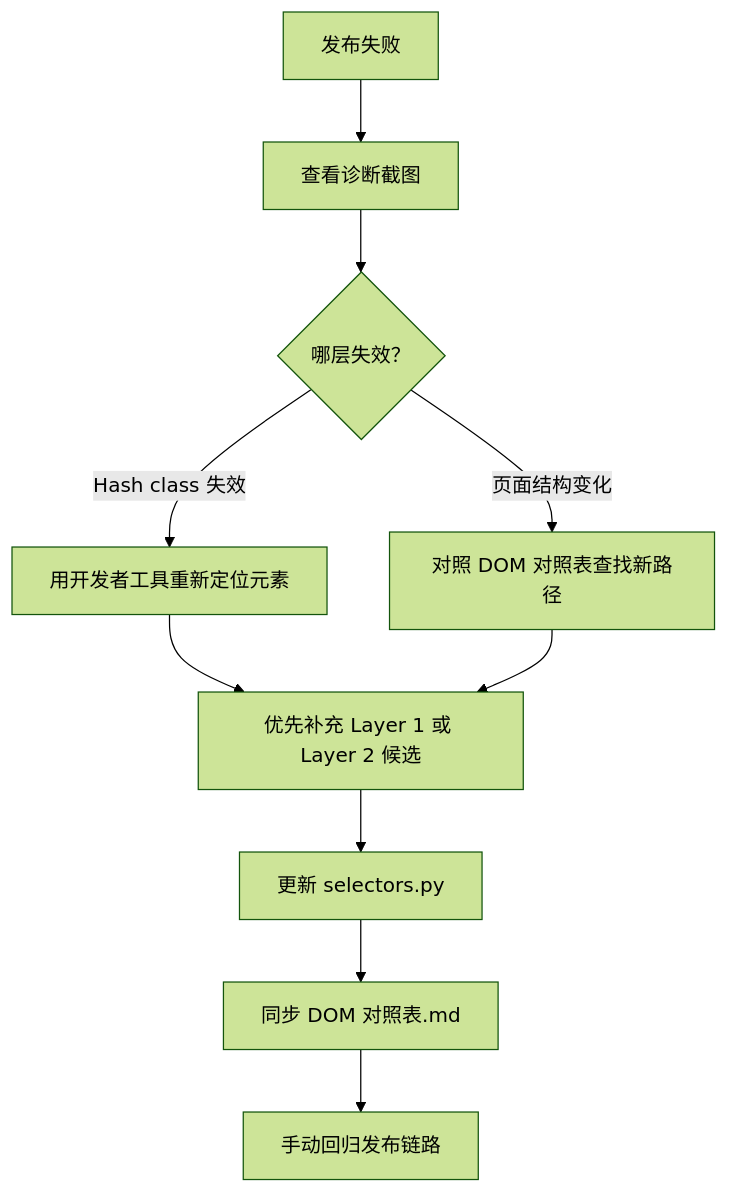
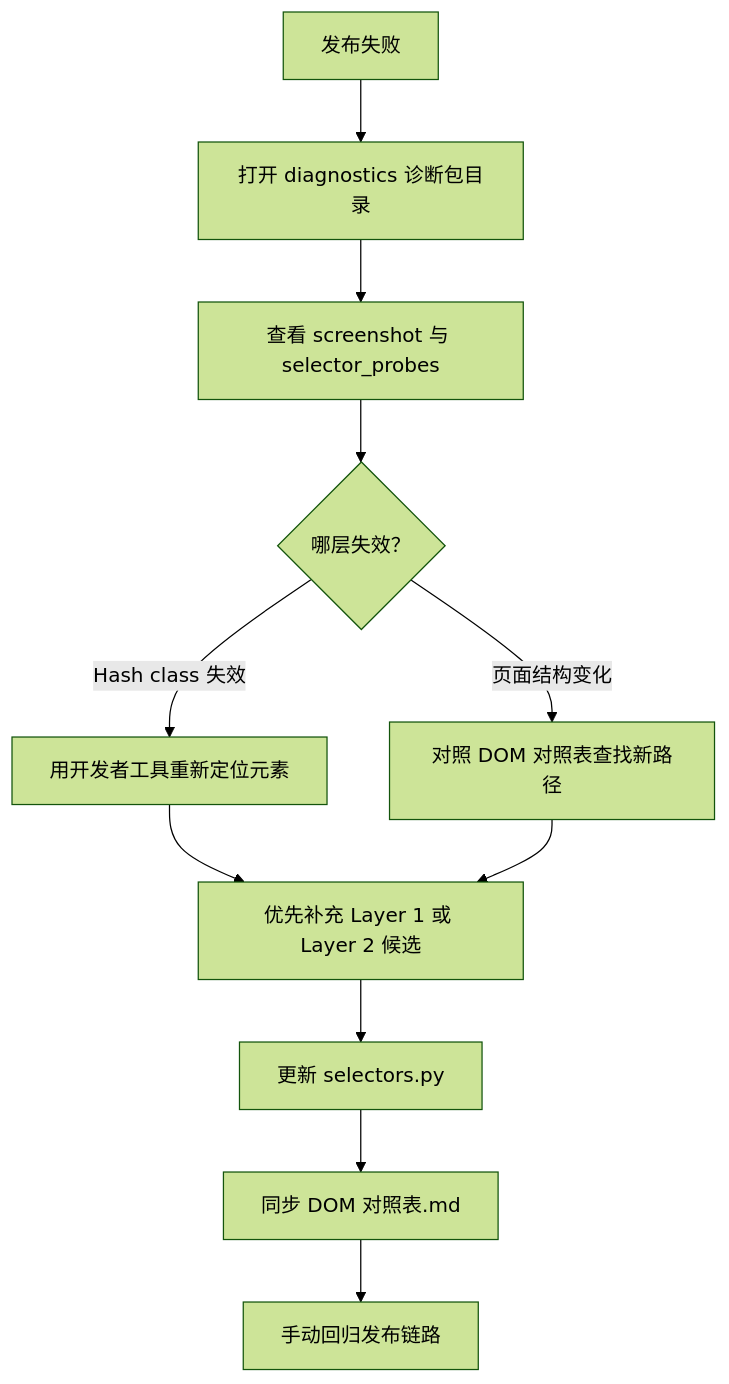
One commit to chitang818/wemedia-baby changed the diagram in docs/03插件系统/3.2插件选择器标准化规范.md. Above: the diagram before and after it, drawn with Mermaid (forest theme). The commit also changed other lines of this file and 43 other files, not shown here.

````diff
--- a/docs/03插件系统/3.2插件选择器标准化规范.md
+++ b/docs/03插件系统/3.2插件选择器标准化规范.md
@@ -240,12 +262,13 @@
 ```mermaid
 flowchart TD
-    A[发布失败] --> B[查看诊断截图]
-    B --> C{哪层失效？}
+    A[发布失败] --> B[打开 diagnostics 诊断包目录]
+    B --> B2[查看 screenshot 与 selector_probes]
+    B2 --> C{哪层失效？}
     C -->|Hash class 失效| D[用开发者工具重新定位元素]
     C -->|页面结构变化| E[对照 DOM 对照表查找新路径]
     D --> F[优先补充 Layer 1 或 Layer 2 候选]
     E --> F
     F --> G[更新 selectors.py]
     G --> H[同步 DOM 对照表.md]
     H --> I[手动回归发布链路]
 ```
````
